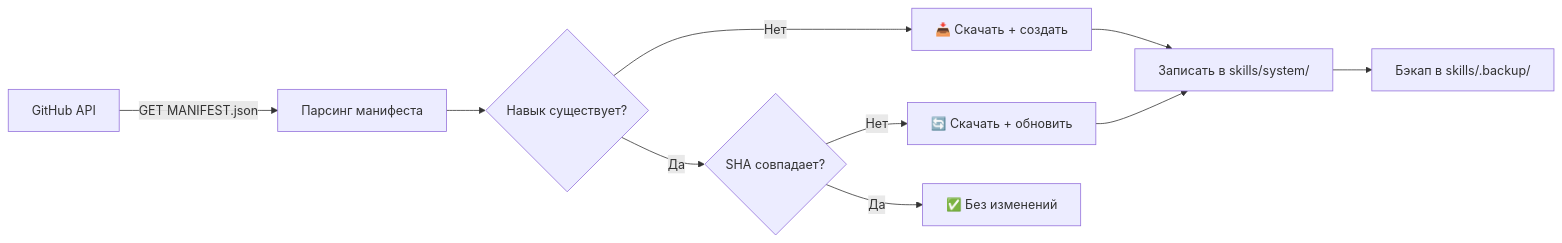
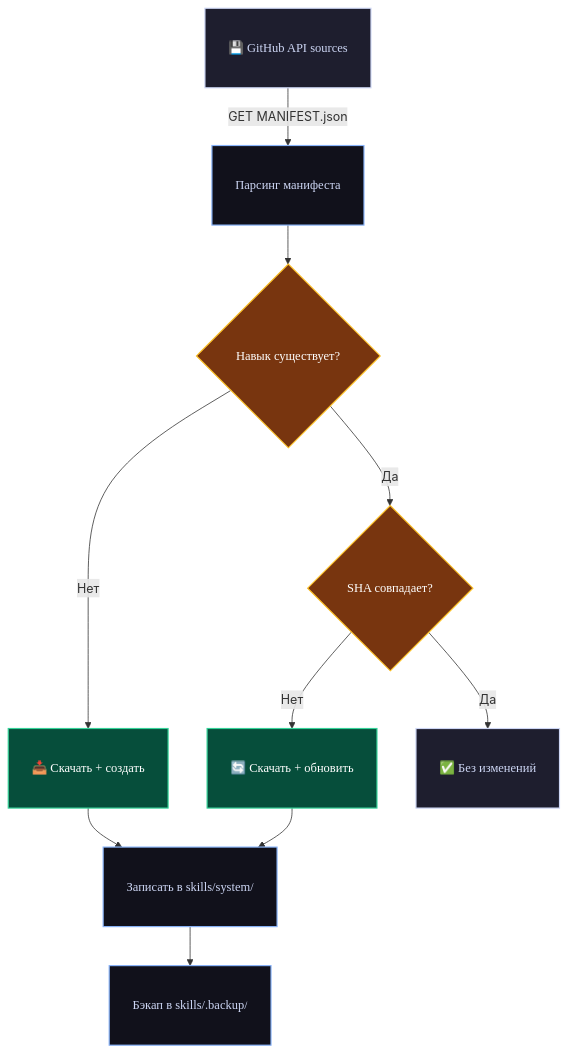
One commit to Bezooom/Evocode changed the fourth of 6 diagrams in docs/ARCHITECTURE.md. Above: the diagram before and after it, drawn with Mermaid. The commit also changed other lines of this file and 4 other files, not shown here.

Commit message:
docs: optimize Mermaid diagram sizing and styling; make VISUAL architecture interactive HTML

````diff
--- a/docs/ARCHITECTURE.md
+++ b/docs/ARCHITECTURE.md
@@ -233,11 +219,24 @@
 ```mermaid
-flowchart LR
-    A[GitHub API] -->|GET MANIFEST.json| B[Парсинг манифеста]
-    B --> C{Навык существует?}
-    C -->|Нет| D[📥 Скачать + создать]
-    C -->|Да| E{SHA совпадает?}
-    E -->|Нет| F[🔄 Скачать + обновить]
-    E -->|Да| G[✅ Без изменений]
-    D & F --> H[Записать в skills/system/]
-    H --> I[Бэкап в skills/.backup/]
+flowchart TD
+    accTitle: Skill Sync Engine Workflow
+    accDescr: Dynamic flow of GitHub skill sync check, comparing local signatures and updating repository with backup options.
+
+    classDef default font-size:16px,font-family:'JetBrains Mono',monospace,stroke-width:1.5px,padding:8px;
+    classDef startEnd fill:#1e1e2e,stroke:#cdd6f4,color:#cdd6f4;
+    classDef branch fill:#78350f,stroke:#fbbf24,color:#fff;
+    classDef process fill:#11111b,stroke:#89b4fa,color:#cdd6f4;
+    classDef action fill:#064e3b,stroke:#34d399,color:#fff;
+
+    A["💾 GitHub API sources"]:::startEnd -->|"GET MANIFEST.json"| B["Парсинг манифеста"]:::process
+    B --> C{"Навык существует?"}:::branch
+    
+    C -->|"Нет"| D["📥 Скачать + создать"]:::action
+    C -->|"Да"| E{"SHA совпадает?"}:::branch
+    
+    E -->|"Нет"| F["🔄 Скачать + обновить"]:::action
+    E -->|"Да"| G["✅ Без изменений"]:::startEnd
+    
+    D --> H["Записать в skills/system/"]:::process
+    F --> H
+    H --> I["Бэкап в skills/.backup/"]:::process
 ```
````
